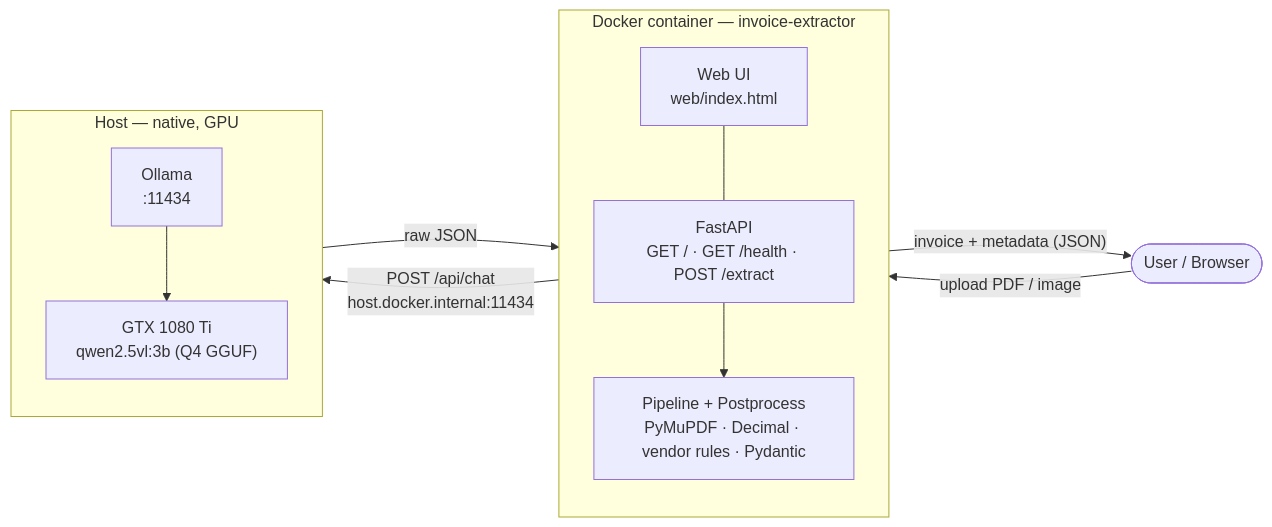
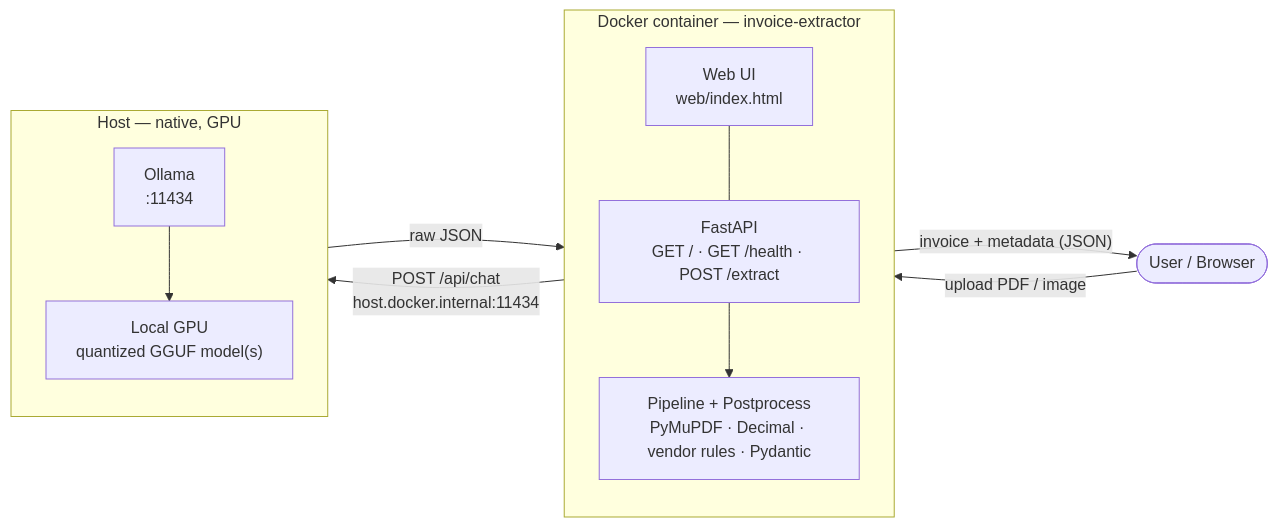
Before and after one commit to zulkhair/invoice-extractor: the first of 2 diagrams in docs/architecture.md, drawn with Mermaid. The commit also changed other lines of this file and 8 other files, not shown here.

````diff
--- a/docs/architecture.md
+++ b/docs/architecture.md
@@ -15,25 +15,25 @@
 ```mermaid
 flowchart LR
     user(["User / Browser"])
 
     subgraph container["Docker container — invoice-extractor"]
         direction TB
         ui["Web UI<br/>web/index.html"]
         api["FastAPI<br/>GET / · GET /health · POST /extract"]
         pipe["Pipeline + Postprocess<br/>PyMuPDF · Decimal · vendor rules · Pydantic"]
         ui --- api
         api --> pipe
     end
 
     subgraph host["Host — native, GPU"]
         direction TB
         ollama["Ollama<br/>:11434"]
-        gpu["GTX 1080 Ti<br/>qwen2.5vl:3b (Q4 GGUF)"]
+        gpu["Local GPU<br/>quantized GGUF model(s)"]
         ollama --> gpu
     end
 
     user -->|"upload PDF / image"| ui
     pipe -->|"POST /api/chat<br/>host.docker.internal:11434"| ollama
     ollama -->|"raw JSON"| pipe
     pipe -->|"invoice + metadata (JSON)"| user
 ```
````
